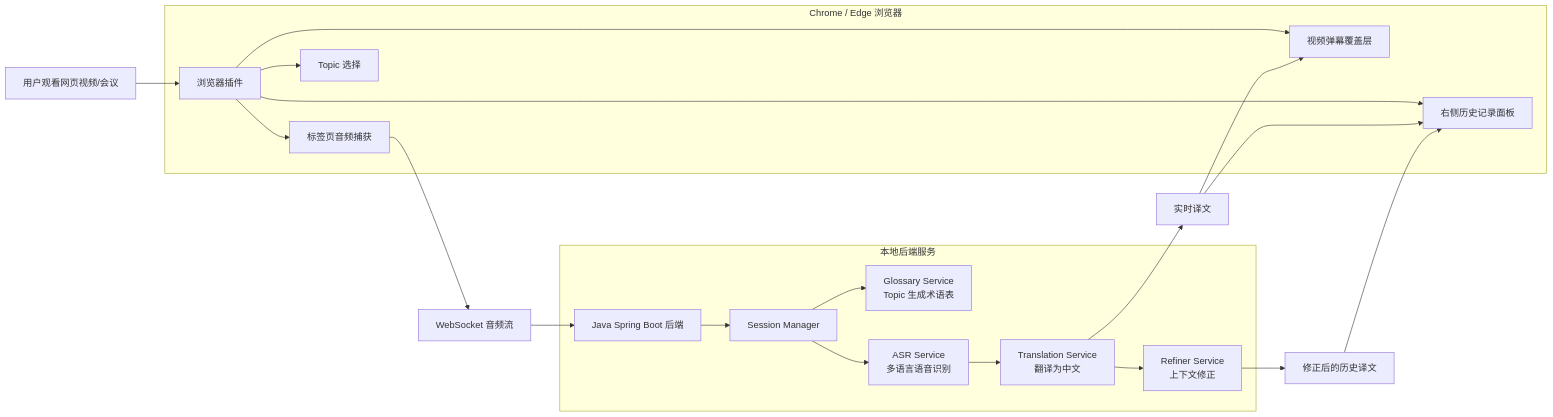
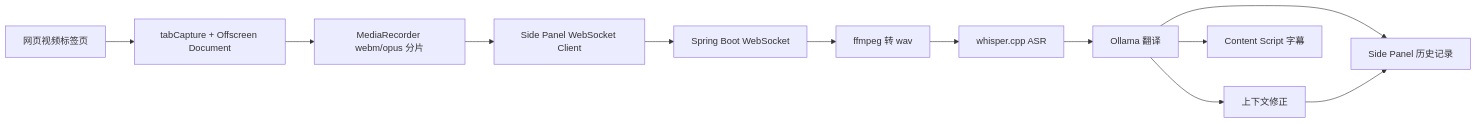
The diagram in docs/TECHNICAL_DESIGN.md (hangover43/AI_Simultaneous_Interpretation_Assistant), drawn with Mermaid before and after one commit. The commit also changed other lines of this file and 24 other files, not shown here.

First line of the commit message:
实现本地 Ollama + whisper.cpp 的网页视频实时翻译链路，并修复插件权限、字幕注入和音频捕获流程

````diff
--- a/docs/TECHNICAL_DESIGN.md
+++ b/docs/TECHNICAL_DESIGN.md
@@ -13,29 +9,16 @@
 ```mermaid
 flowchart LR
-    User["用户观看网页视频/会议"] --> Plugin["浏览器插件"]
+    Tab["网页视频标签页"] --> Capture["tabCapture + Offscreen Document"]
+    Capture --> Recorder["MediaRecorder webm/opus 分片"]
+    Recorder --> Panel["Side Panel WebSocket Client"]
+    Panel --> Backend["Spring Boot WebSocket"]
 
-    subgraph Browser["Chrome / Edge 浏览器"]
-        Plugin --> Capture["标签页音频捕获"]
-        Plugin --> Overlay["视频弹幕覆盖层"]
-        Plugin --> Panel["右侧历史记录面板"]
-        Plugin --> Topic["Topic 选择"]
-    end
+    Backend --> Ffmpeg["ffmpeg 转 wav"]
+    Ffmpeg --> Whisper["whisper.cpp ASR"]
+    Whisper --> Translator["Ollama 翻译"]
+    Translator --> Refiner["上下文修正"]
 
-    Capture --> WS["WebSocket 音频流"]
-    WS --> Backend["Java Spring Boot 后端"]
-
-    subgraph Server["本地后端服务"]
-        Backend --> Session["Session Manager"]
-        Session --> Glossary["Glossary Service\nTopic 生成术语表"]
-        Session --> ASR["ASR Service\n多语言语音识别"]
-        ASR --> Translator["Translation Service\n翻译为中文"]
-        Translator --> Refiner["Refiner Service\n上下文修正"]
-    end
-
-    Translator --> LiveResult["实时译文"]
-    Refiner --> RevisedResult["修正后的历史译文"]
-
-    LiveResult --> Overlay
-    LiveResult --> Panel
-    RevisedResult --> Panel
+    Translator --> Overlay["Content Script 字幕"]
+    Translator --> History["Side Panel 历史记录"]
+    Refiner --> History
 ```
````
